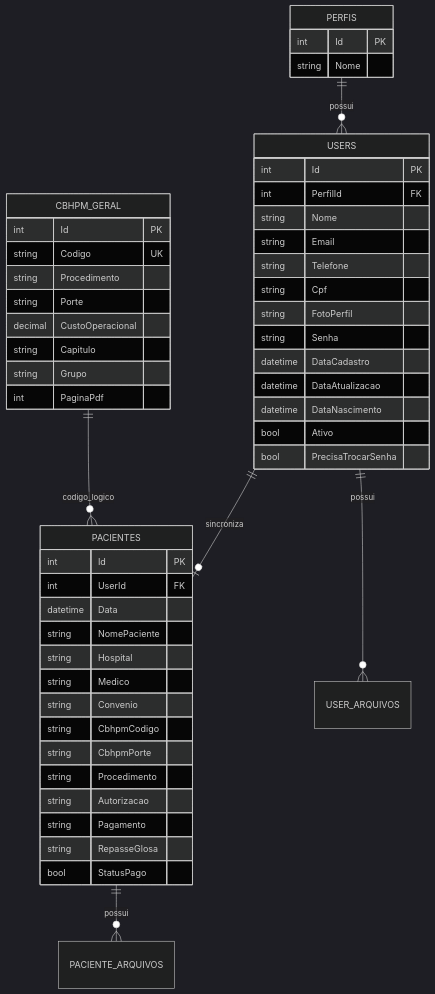
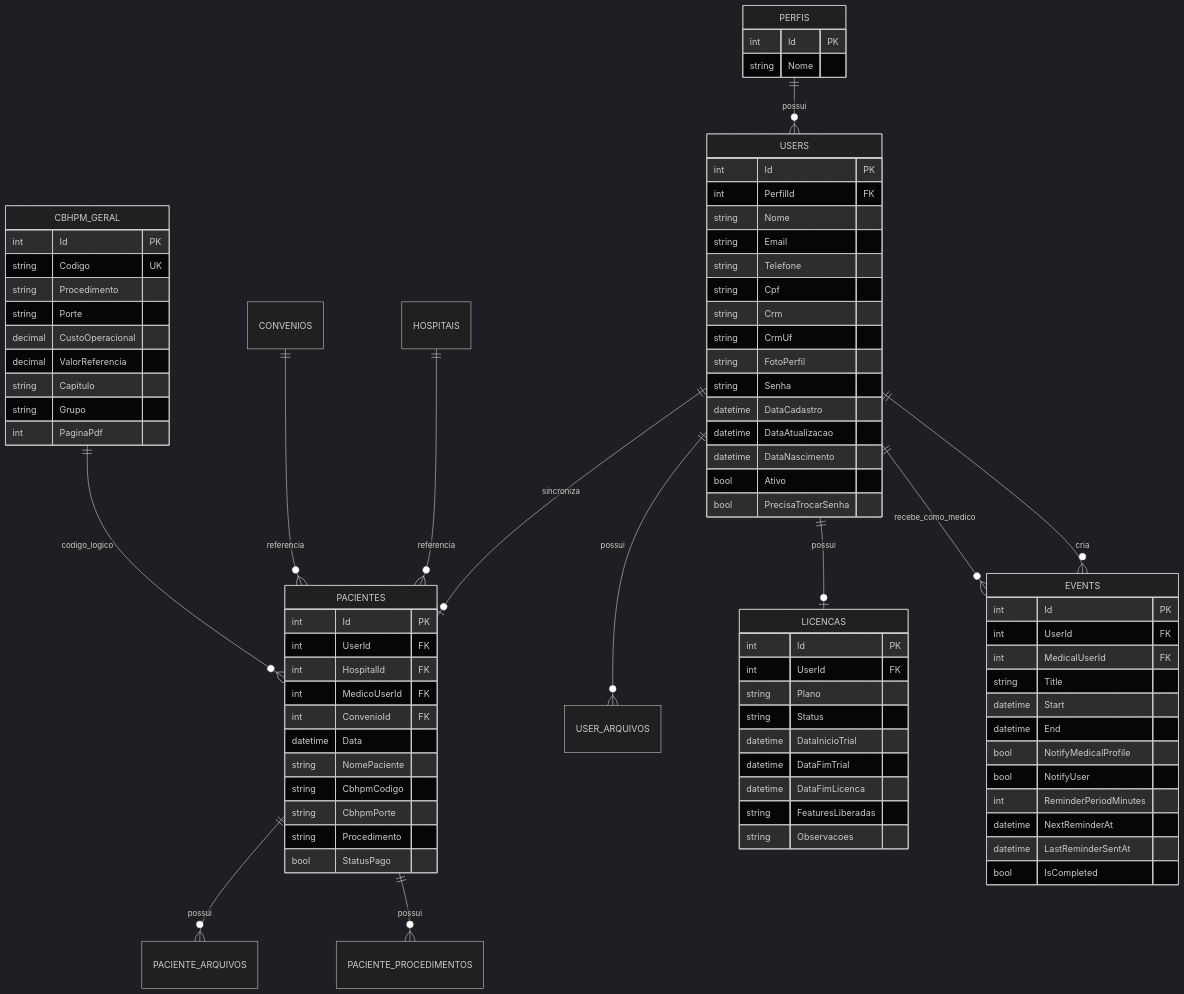
One commit to Hemodinks/hemodinks-api changed the third of 8 diagrams in docs/TECHNICAL_DOCUMENTATION.md. Above: the diagram before and after it, drawn with Mermaid (dark theme). The commit also changed other lines of this file and 11 other files, not shown here.

```diff
--- a/docs/TECHNICAL_DOCUMENTATION.md
+++ b/docs/TECHNICAL_DOCUMENTATION.md
@@ -34,7 +62,13 @@
     PERFIS ||--o{ USERS : possui
     USERS ||--o| PACIENTES : sincroniza
     USERS ||--o{ USER_ARQUIVOS : possui
+    USERS ||--o| LICENCAS : possui
+    USERS ||--o{ EVENTS : cria
+    USERS ||--o{ EVENTS : recebe_como_medico
     PACIENTES ||--o{ PACIENTE_ARQUIVOS : possui
+    PACIENTES ||--o{ PACIENTE_PROCEDIMENTOS : possui
+    HOSPITAIS ||--o{ PACIENTES : referencia
+    CONVENIOS ||--o{ PACIENTES : referencia
     CBHPM_GERAL ||--o{ PACIENTES : codigo_logico
 
     PERFIS {
@@ -49,6 +83,8 @@
         string Email
         string Telefone
         string Cpf
+        string Crm
+        string CrmUf
         string FotoPerfil
         string Senha
         datetime DataCadastro
@@ -58,21 +94,45 @@
         bool PrecisaTrocarSenha
     }
 
+    LICENCAS {
+        int Id PK
+        int UserId FK
+        string Plano
+        string Status
+        datetime DataInicioTrial
+        datetime DataFimTrial
+        datetime DataFimLicenca
+        string FeaturesLiberadas
+        string Observacoes
+    }
+
     PACIENTES {
         int Id PK
         int UserId FK
+        int HospitalId FK
+        int MedicoUserId FK
+        int ConvenioId FK
         datetime Data
         string NomePaciente
-        string Hospital
-        string Medico
-        string Convenio
         string CbhpmCodigo
         string CbhpmPorte
         string Procedimento
-        string Autorizacao
-        string Pagamento
-        string RepasseGlosa
         bool StatusPago
+    }
+
+    EVENTS {
+        int Id PK
+        int UserId FK
+        int MedicalUserId FK
+        string Title
+        datetime Start
+        datetime End
+        bool NotifyMedicalProfile
+        bool NotifyUser
+        int ReminderPeriodMinutes
+        datetime NextReminderAt
+        datetime LastReminderSentAt
+        bool IsCompleted
     }
 
     CBHPM_GERAL {
@@ -81,6 +141,7 @@
         string Procedimento
         string Porte
         decimal CustoOperacional
+        decimal ValorReferencia
         string Capitulo
         string Grupo
         int PaginaPdf
```
